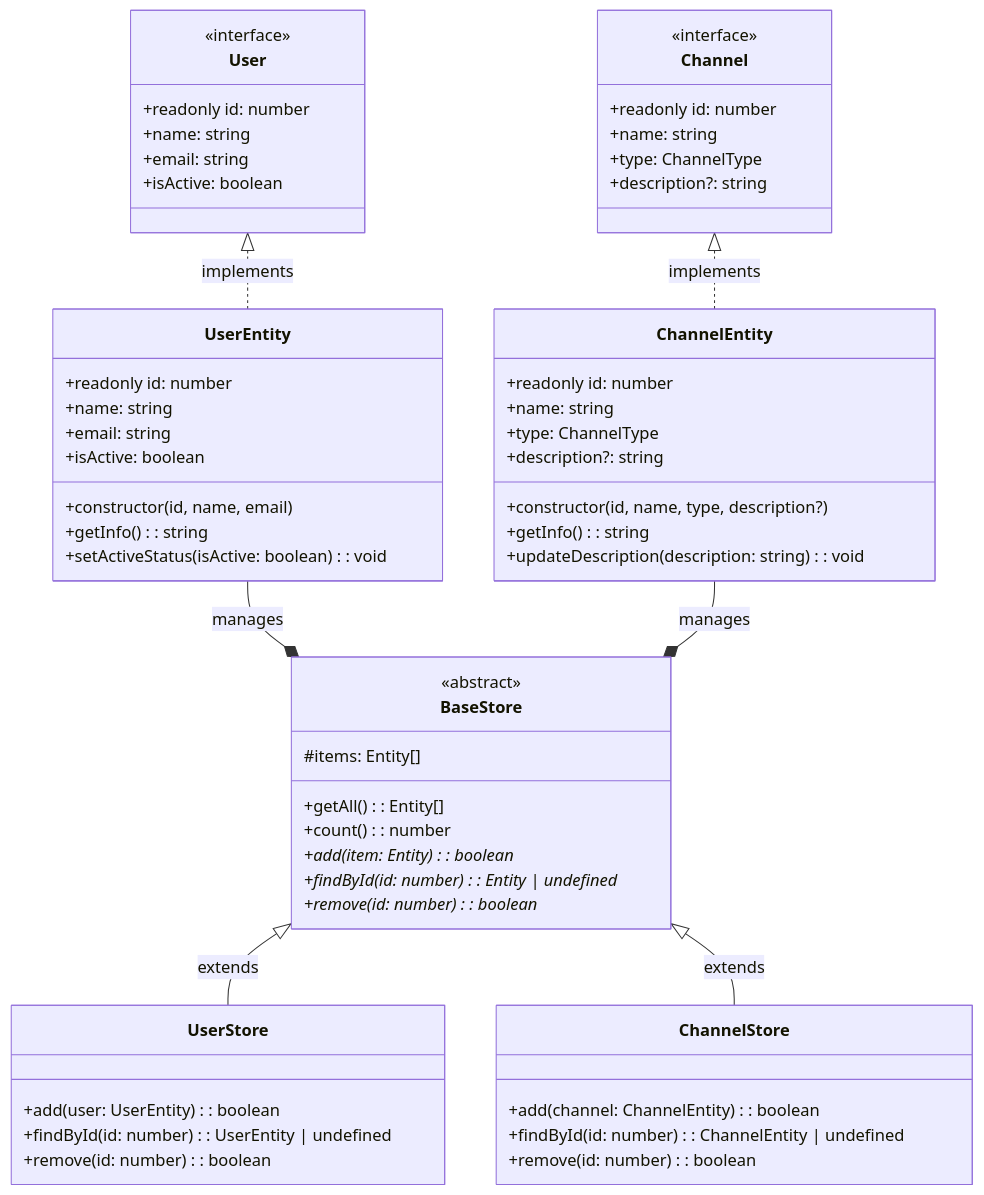
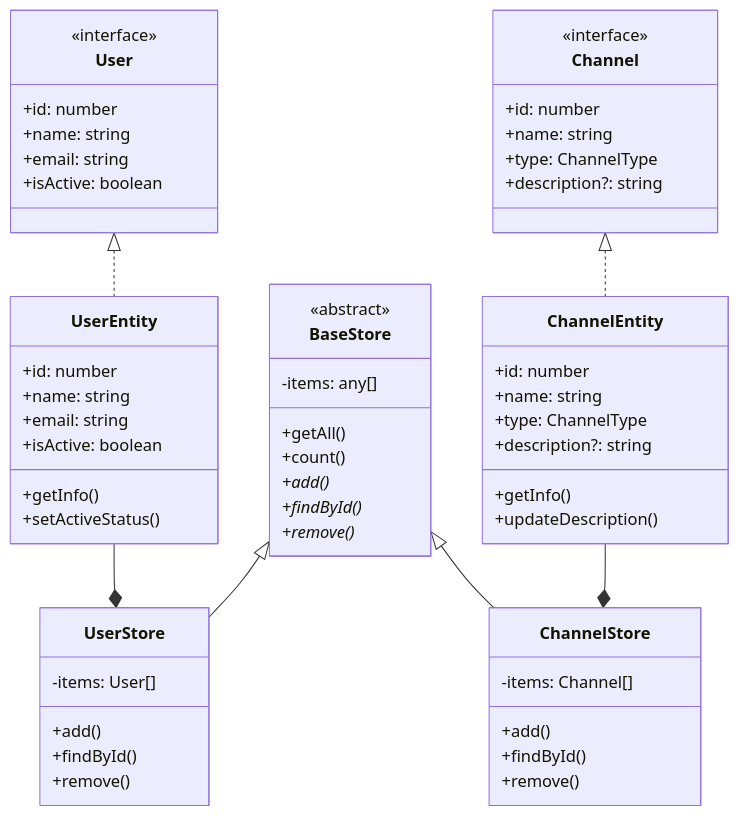
The diagram in 学習プラン/Phase1_TypeScript完全習得/Step03/Step03_成果物.md (shiftplus-corp-homan-keisuke/frontend), drawn with Mermaid before and after one commit. The commit also changed other lines of this file, not shown here.

````diff
--- a/学習プラン/Phase1_TypeScript完全習得/Step03/Step03_成果物.md
+++ b/学習プラン/Phase1_TypeScript完全習得/Step03/Step03_成果物.md
@@ -106,67 +57,70 @@
 ```mermaid
 classDiagram
+    direction TB
+
     class User {
         <<interface>>
-        +readonly id: number
+        +id: number
         +name: string
         +email: string
         +isActive: boolean
     }
 
+    class UserEntity {
+        +id: number
+        +name: string
+        +email: string
+        +isActive: boolean
+        +getInfo()
+        +setActiveStatus()
+    }
+
+    class BaseStore {
+        <<abstract>>
+        -items: any[]
+        +getAll()
+        +count()
+        +add()*
+        +findById()*
+        +remove()*
+    }
+
+    class UserStore {
+        -items: User[]
+        +add()
+        +findById()
+        +remove()
+    }
+
     class Channel {
         <<interface>>
-        +readonly id: number
+        +id: number
         +name: string
         +type: ChannelType
         +description?: string
     }
 
-    class UserEntity {
-        +readonly id: number
-        +name: string
-        +email: string
-        +isActive: boolean
-        +constructor(id, name, email)
-        +getInfo(): string
-        +setActiveStatus(isActive: boolean): void
-    }
-
     class ChannelEntity {
-        +readonly id: number
+        +id: number
         +name: string
         +type: ChannelType
         +description?: string
-        +constructor(id, name, type, description?)
-        +getInfo(): string
-        +updateDescription(description: string): void
-    }
-
-    class BaseStore {
-        <<abstract>>
-        #items: Entity[]
-        +getAll(): Entity[]
-        +count(): number
-        +add(item: Entity): boolean*
-        +findById(id: number): Entity | undefined*
-        +remove(id: number): boolean*
-    }
-
-    class UserStore {
-        +add(user: UserEntity): boolean
-        +findById(id: number): UserEntity | undefined
-        +remove(id: number): boolean
+        +getInfo()
+        +updateDescription()
     }
 
     class ChannelStore {
-        +add(channel: ChannelEntity): boolean
-        +findById(id: number): ChannelEntity | undefined
-        +remove(id: number): boolean
+        -items: Channel[]
+        +add()
+        +findById()
+        +remove()
     }
 
-    User <|.. UserEntity : implements
-    Channel <|.. ChannelEntity : implements
-    BaseStore <|-- UserStore : extends
-    BaseStore <|-- ChannelStore : extends
-    UserEntity --* BaseStore : manages
-    ChannelEntity --* BaseStore : manages
+    User <|.. UserEntity
+    UserEntity --* UserStore
+    BaseStore <|-- UserStore
+
+    Channel <|.. ChannelEntity
+    ChannelEntity --* ChannelStore
+    BaseStore <|-- ChannelStore
 ```
````
